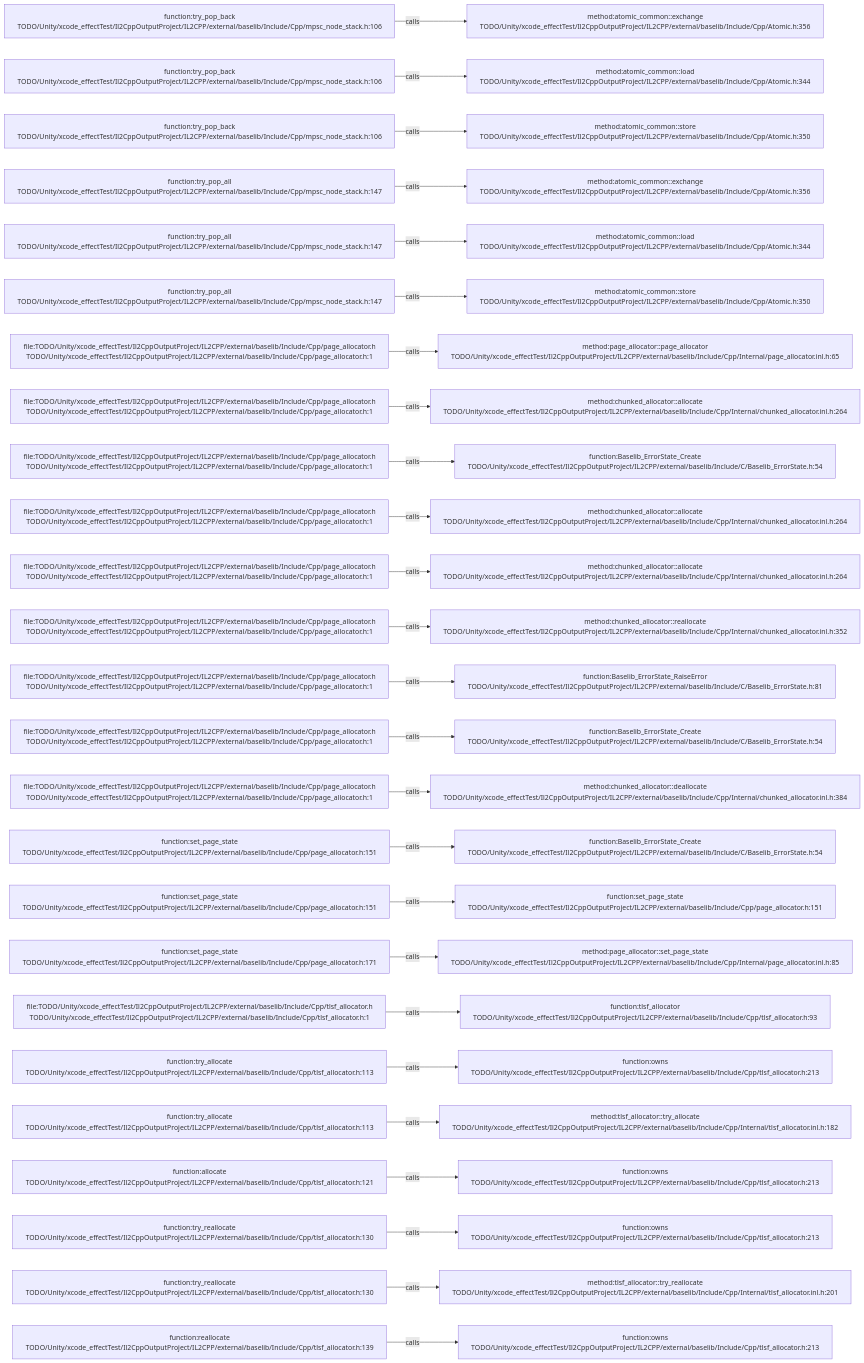
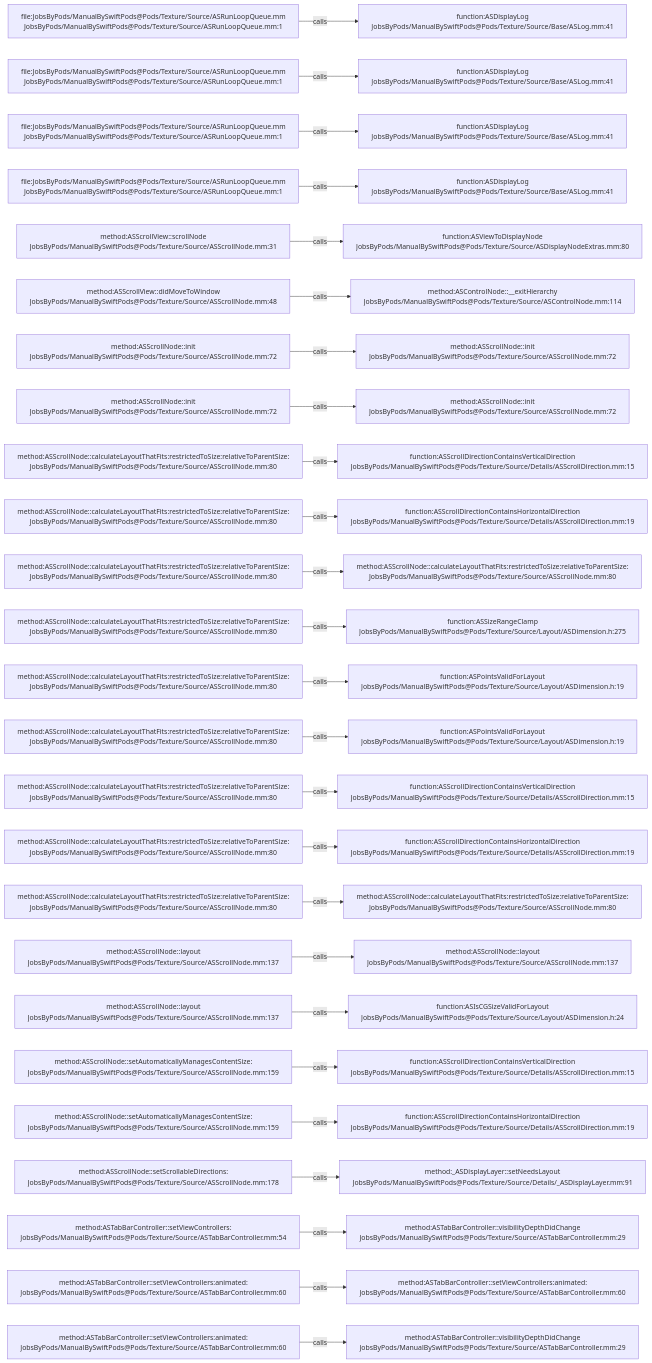
Before and after one commit to JobsKits/JobsSwiftBaseConfigDemo: the diagram in .codegraph/codegraph.md/graphs/calls-072.md, drawn with Mermaid. The commit also changed 2959 other files, not shown here.

````diff
--- a/.codegraph/codegraph.md/graphs/calls-072.md
+++ b/.codegraph/codegraph.md/graphs/calls-072.md
@@ -13,78 +13,78 @@
 ```mermaid
 flowchart LR
-  S1["function:try_pop_back<br/>TODO/Unity/xcode_effectTest/Il2CppOutputProject/IL2CPP/external/baselib/Include/Cpp/mpsc_node_stack.h:106"]
-  T1["method:atomic_common::exchange<br/>TODO/Unity/xcode_effectTest/Il2CppOutputProject/IL2CPP/external/baselib/Include/Cpp/Atomic.h:356"]
+  S1["file:JobsByPods/ManualBySwiftPods@Pods/Texture/Source/ASRunLoopQueue.mm<br/>JobsByPods/ManualBySwiftPods@Pods/Texture/Source/ASRunLoopQueue.mm:1"]
+  T1["function:ASDisplayLog<br/>JobsByPods/ManualBySwiftPods@Pods/Texture/Source/Base/ASLog.mm:41"]
   S1 -->|calls| T1
-  S2["function:try_pop_back<br/>TODO/Unity/xcode_effectTest/Il2CppOutputProject/IL2CPP/external/baselib/Include/Cpp/mpsc_node_stack.h:106"]
-  T2["method:atomic_common::load<br/>TODO/Unity/xcode_effectTest/Il2CppOutputProject/IL2CPP/external/baselib/Include/Cpp/Atomic.h:344"]
+  S2["file:JobsByPods/ManualBySwiftPods@Pods/Texture/Source/ASRunLoopQueue.mm<br/>JobsByPods/ManualBySwiftPods@Pods/Texture/Source/ASRunLoopQueue.mm:1"]
+  T2["function:ASDisplayLog<br/>JobsByPods/ManualBySwiftPods@Pods/Texture/Source/Base/ASLog.mm:41"]
   S2 -->|calls| T2
-  S3["function:try_pop_back<br/>TODO/Unity/xcode_effectTest/Il2CppOutputProject/IL2CPP/external/baselib/Include/Cpp/mpsc_node_stack.h:106"]
-  T3["method:atomic_common::store<br/>TODO/Unity/xcode_effectTest/Il2CppOutputProject/IL2CPP/external/baselib/Include/Cpp/Atomic.h:350"]
+  S3["file:JobsByPods/ManualBySwiftPods@Pods/Texture/Source/ASRunLoopQueue.mm<br/>JobsByPods/ManualBySwiftPods@Pods/Texture/Source/ASRunLoopQueue.mm:1"]
+  T3["function:ASDisplayLog<br/>JobsByPods/ManualBySwiftPods@Pods/Texture/Source/Base/ASLog.mm:41"]
   S3 -->|calls| T3
-  S4["function:try_pop_all<br/>TODO/Unity/xcode_effectTest/Il2CppOutputProject/IL2CPP/external/baselib/Include/Cpp/mpsc_node_stack.h:147"]
-  T4["method:atomic_common::exchange<br/>TODO/Unity/xcode_effectTest/Il2CppOutputProject/IL2CPP/external/baselib/Include/Cpp/Atomic.h:356"]
+  S4["file:JobsByPods/ManualBySwiftPods@Pods/Texture/Source/ASRunLoopQueue.mm<br/>JobsByPods/ManualBySwiftPods@Pods/Texture/Source/ASRunLoopQueue.mm:1"]
+  T4["function:ASDisplayLog<br/>JobsByPods/ManualBySwiftPods@Pods/Texture/Source/Base/ASLog.mm:41"]
   S4 -->|calls| T4
-  S5["function:try_pop_all<br/>TODO/Unity/xcode_effectTest/Il2CppOutputProject/IL2CPP/external/baselib/Include/Cpp/mpsc_node_stack.h:147"]
-  T5["method:atomic_common::load<br/>TODO/Unity/xcode_effectTest/Il2CppOutputProject/IL2CPP/external/baselib/Include/Cpp/Atomic.h:344"]
+  S5["method:ASScrollView::scrollNode<br/>JobsByPods/ManualBySwiftPods@Pods/Texture/Source/ASScrollNode.mm:31"]
+  T5["function:ASViewToDisplayNode<br/>JobsByPods/ManualBySwiftPods@Pods/Texture/Source/ASDisplayNodeExtras.mm:80"]
   S5 -->|calls| T5
-  S6["function:try_pop_all<br/>TODO/Unity/xcode_effectTest/Il2CppOutputProject/IL2CPP/external/baselib/Include/Cpp/mpsc_node_stack.h:147"]
-  T6["method:atomic_common::store<br/>TODO/Unity/xcode_effectTest/Il2CppOutputProject/IL2CPP/external/baselib/Include/Cpp/Atomic.h:350"]
+  S6["method:ASScrollView::didMoveToWindow<br/>JobsByPods/ManualBySwiftPods@Pods/Texture/Source/ASScrollNode.mm:48"]
+  T6["method:ASControlNode::__exitHierarchy<br/>JobsByPods/ManualBySwiftPods@Pods/Texture/Source/ASControlNode.mm:114"]
   S6 -->|calls| T6
-  S7["file:TODO/Unity/xcode_effectTest/Il2CppOutputProject/IL2CPP/external/baselib/Include/Cpp/page_allocator.h<br/>TODO/Unity/xcode_effectTest/Il2CppOutputProject/IL2CPP/external/baselib/Include/Cpp/page_allocator.h:1"]
-  T7["method:page_allocator::page_allocator<br/>TODO/Unity/xcode_effectTest/Il2CppOutputProject/IL2CPP/external/baselib/Include/Cpp/Internal/page_allocator.inl.h:65"]
+  S7["method:ASScrollNode::init<br/>JobsByPods/ManualBySwiftPods@Pods/Texture/Source/ASScrollNode.mm:72"]
+  T7["method:ASScrollNode::init<br/>JobsByPods/ManualBySwiftPods@Pods/Texture/Source/ASScrollNode.mm:72"]
   S7 -->|calls| T7
-  S8["file:TODO/Unity/xcode_effectTest/Il2CppOutputProject/IL2CPP/external/baselib/Include/Cpp/page_allocator.h<br/>TODO/Unity/xcode_effectTest/Il2CppOutputProject/IL2CPP/external/baselib/Include/Cpp/page_allocator.h:1"]
-  T8["method:chunked_allocator::allocate<br/>TODO/Unity/xcode_effectTest/Il2CppOutputProject/IL2CPP/external/baselib/Include/Cpp/Internal/chunked_allocator.inl.h:264"]
+  S8["method:ASScrollNode::init<br/>JobsByPods/ManualBySwiftPods@Pods/Texture/Source/ASScrollNode.mm:72"]
+  T8["method:ASScrollNode::init<br/>JobsByPods/ManualBySwiftPods@Pods/Texture/Source/ASScrollNode.mm:72"]
   S8 -->|calls| T8
-  S9["file:TODO/Unity/xcode_effectTest/Il2CppOutputProject/IL2CPP/external/baselib/Include/Cpp/page_allocator.h<br/>TODO/Unity/xcode_effectTest/Il2CppOutputProject/IL2CPP/external/baselib/Include/Cpp/page_allocator.h:1"]
-  T9["function:Baselib_ErrorState_Create<br/>TODO/Unity/xcode_effectTest/Il2CppOutputProject/IL2CPP/external/baselib/Include/C/Baselib_ErrorState.h:54"]
+  S9["method:ASScrollNode::calculateLayoutThatFits:restrictedToSize:relativeToParentSize:<br/>JobsByPods/ManualBySwiftPods@Pods/Texture/Source/ASScrollNode.mm:80"]
+  T9["function:ASScrollDirectionContainsVerticalDirection<br/>JobsByPods/ManualBySwiftPods@Pods/Texture/Source/Details/ASScrollDirection.mm:15"]
   S9 -->|calls| T9
-  S10["file:TODO/Unity/xcode_effectTest/Il2CppOutputProject/IL2CPP/external/baselib/Include/Cpp/page_allocator.h<br/>TODO/Unity/xcode_effectTest/Il2CppOutputProject/IL2CPP/external/baselib/Include/Cpp/page_allocator.h:1"]
-  T10["method:chunked_allocator::allocate<br/>TODO/Unity/xcode_effectTest/Il2CppOutputProject/IL2CPP/external/baselib/Include/Cpp/Internal/chunked_allocator.inl.h:264"]
+  S10["method:ASScrollNode::calculateLayoutThatFits:restrictedToSize:relativeToParentSize:<br/>JobsByPods/ManualBySwiftPods@Pods/Texture/Source/ASScrollNode.mm:80"]
+  T10["function:ASScrollDirectionContainsHorizontalDirection<br/>JobsByPods/ManualBySwiftPods@Pods/Texture/Source/Details/ASScrollDirection.mm:19"]
   S10 -->|calls| T10
-  S11["file:TODO/Unity/xcode_effectTest/Il2CppOutputProject/IL2CPP/external/baselib/Include/Cpp/page_allocator.h<br/>TODO/Unity/xcode_effectTest/Il2CppOutputProject/IL2CPP/external/baselib/Include/Cpp/page_allocator.h:1"]
-  T11["method:chunked_allocator::allocate<br/>TODO/Unity/xcode_effectTest/Il2CppOutputProject/IL2CPP/external/baselib/Include/Cpp/Internal/chunked_allocator.inl.h:264"]
+  S11["method:ASScrollNode::calculateLayoutThatFits:restrictedToSize:relativeToParentSize:<br/>JobsByPods/ManualBySwiftPods@Pods/Texture/Source/ASScrollNode.mm:80"]
+  T11["method:ASScrollNode::calculateLayoutThatFits:restrictedToSize:relativeToParentSize:<br/>JobsByPods/ManualBySwiftPods@Pods/Texture/Source/ASScrollNode.mm:80"]
   S11 -->|calls| T11
-  S12["file:TODO/Unity/xcode_effectTest/Il2CppOutputProject/IL2CPP/external/baselib/Include/Cpp/page_allocator.h<br/>TODO/Unity/xcode_effectTest/Il2CppOutputProject/IL2CPP/external/baselib/Include/Cpp/page_allocator.h:1"]
-  T12["method:chunked_allocator::reallocate<br/>TODO/Unity/xcode_effectTest/Il2CppOutputProject/IL2CPP/external/baselib/Include/Cpp/Internal/chunked_allocator.inl.h:352"]
+  S12["method:ASScrollNode::calculateLayoutThatFits:restrictedToSize:relativeToParentSize:<br/>JobsByPods/ManualBySwiftPods@Pods/Texture/Source/ASScrollNode.mm:80"]
+  T12["function:ASSizeRangeClamp<br/>JobsByPods/ManualBySwiftPods@Pods/Texture/Source/Layout/ASDimension.h:275"]
   S12 -->|calls| T12
-  S13["file:TODO/Unity/xcode_effectTest/Il2CppOutputProject/IL2CPP/external/baselib/Include/Cpp/page_allocator.h<br/>TODO/Unity/xcode_effectTest/Il2CppOutputProject/IL2CPP/external/baselib/Include/Cpp/page_allocator.h:1"]
-  T13["function:Baselib_ErrorState_RaiseError<br/>TODO/Unity/xcode_effectTest/Il2CppOutputProject/IL2CPP/external/baselib/Include/C/Baselib_ErrorState.h:81"]
+  S13["method:ASScrollNode::calculateLayoutThatFits:restrictedToSize:relativeToParentSize:<br/>JobsByPods/ManualBySwiftPods@Pods/Texture/Source/ASScrollNode.mm:80"]
+  T13["function:ASPointsValidForLayout<br/>JobsByPods/ManualBySwiftPods@Pods/Texture/Source/Layout/ASDimension.h:19"]
   S13 -->|calls| T13
-  S14["file:TODO/Unity/xcode_effectTest/Il2CppOutputProject/IL2CPP/external/baselib/Include/Cpp/page_allocator.h<br/>TODO/Unity/xcode_effectTest/Il2CppOutputProject/IL2CPP/external/baselib/Include/Cpp/page_allocator.h:1"]
-  T14["function:Baselib_ErrorState_Create<br/>TODO/Unity/xcode_effectTest/Il2CppOutputProject/IL2CPP/external/baselib/Include/C/Baselib_ErrorState.h:54"]
+  S14["method:ASScrollNode::calculateLayoutThatFits:restrictedToSize:relativeToParentSize:<br/>JobsByPods/ManualBySwiftPods@Pods/Texture/Source/ASScrollNode.mm:80"]
+  T14["function:ASPointsValidForLayout<br/>JobsByPods/ManualBySwiftPods@Pods/Texture/Source/Layout/ASDimension.h:19"]
   S14 -->|calls| T14
-  S15["file:TODO/Unity/xcode_effectTest/Il2CppOutputProject/IL2CPP/external/baselib/Include/Cpp/page_allocator.h<br/>TODO/Unity/xcode_effectTest/Il2CppOutputProject/IL2CPP/external/baselib/Include/Cpp/page_allocator.h:1"]
-  T15["method:chunked_allocator::deallocate<br/>TODO/Unity/xcode_effectTest/Il2CppOutputProject/IL2CPP/external/baselib/Include/Cpp/Internal/chunked_allocator.inl.h:384"]
+  S15["method:ASScrollNode::calculateLayoutThatFits:restrictedToSize:relativeToParentSize:<br/>JobsByPods/ManualBySwiftPods@Pods/Texture/Source/ASScrollNode.mm:80"]
+  T15["function:ASScrollDirectionContainsVerticalDirection<br/>JobsByPods/ManualBySwiftPods@Pods/Texture/Source/Details/ASScrollDirection.mm:15"]
   S15 -->|calls| T15
-  S16["function:set_page_state<br/>TODO/Unity/xcode_effectTest/Il2CppOutputProject/IL2CPP/external/baselib/Include/Cpp/page_allocator.h:151"]
-  T16["function:Baselib_ErrorState_Create<br/>TODO/Unity/xcode_effectTest/Il2CppOutputProject/IL2CPP/external/baselib/Include/C/Baselib_ErrorState.h:54"]
+  S16["method:ASScrollNode::calculateLayoutThatFits:restrictedToSize:relativeToParentSize:<br/>JobsByPods/ManualBySwiftPods@Pods/Texture/Source/ASScrollNode.mm:80"]
+  T16["function:ASScrollDirectionContainsHorizontalDirection<br/>JobsByPods/ManualBySwiftPods@Pods/Texture/Source/Details/ASScrollDirection.mm:19"]
   S16 -->|calls| T16
-  S17["function:set_page_state<br/>TODO/Unity/xcode_effectTest/Il2CppOutputProject/IL2CPP/external/baselib/Include/Cpp/page_allocator.h:151"]
-  T17["function:set_page_state<br/>TODO/Unity/xcode_effectTest/Il2CppOutputProject/IL2CPP/external/baselib/Include/Cpp/page_allocator.h:151"]
+  S17["method:ASScrollNode::calculateLayoutThatFits:restrictedToSize:relativeToParentSize:<br/>JobsByPods/ManualBySwiftPods@Pods/Texture/Source/ASScrollNode.mm:80"]
+  T17["method:ASScrollNode::calculateLayoutThatFits:restrictedToSize:relativeToParentSize:<br/>JobsByPods/ManualBySwiftPods@Pods/Texture/Source/ASScrollNode.mm:80"]
   S17 -->|calls| T17
-  S18["function:set_page_state<br/>TODO/Unity/xcode_effectTest/Il2CppOutputProject/IL2CPP/external/baselib/Include/Cpp/page_allocator.h:171"]
-  T18["method:page_allocator::set_page_state<br/>TODO/Unity/xcode_effectTest/Il2CppOutputProject/IL2CPP/external/baselib/Include/Cpp/Internal/page_allocator.inl.h:85"]
+  S18["method:ASScrollNode::layout<br/>JobsByPods/ManualBySwiftPods@Pods/Texture/Source/ASScrollNode.mm:137"]
+  T18["method:ASScrollNode::layout<br/>JobsByPods/ManualBySwiftPods@Pods/Texture/Source/ASScrollNode.mm:137"]
   S18 -->|calls| T18
-  S19["file:TODO/Unity/xcode_effectTest/Il2CppOutputProject/IL2CPP/external/baselib/Include/Cpp/tlsf_allocator.h<br/>TODO/Unity/xcode_effectTest/Il2CppOutputProject/IL2CPP/external/baselib/Include/Cpp/tlsf_allocator.h:1"]
-  T19["function:tlsf_allocator<br/>TODO/Unity/xcode_effectTest/Il2CppOutputProject/IL2CPP/external/baselib/Include/Cpp/tlsf_allocator.h:93"]
+  S19["method:ASScrollNode::layout<br/>JobsByPods/ManualBySwiftPods@Pods/Texture/Source/ASScrollNode.mm:137"]
+  T19["function:ASIsCGSizeValidForLayout<br/>JobsByPods/ManualBySwiftPods@Pods/Texture/Source/Layout/ASDimension.h:24"]
   S19 -->|calls| T19
-  S20["function:try_allocate<br/>TODO/Unity/xcode_effectTest/Il2CppOutputProject/IL2CPP/external/baselib/Include/Cpp/tlsf_allocator.h:113"]
-  T20["function:owns<br/>TODO/Unity/xcode_effectTest/Il2CppOutputProject/IL2CPP/external/baselib/Include/Cpp/tlsf_allocator.h:213"]
+  S20["method:ASScrollNode::setAutomaticallyManagesContentSize:<br/>JobsByPods/ManualBySwiftPods@Pods/Texture/Source/ASScrollNode.mm:159"]
+  T20["function:ASScrollDirectionContainsVerticalDirection<br/>JobsByPods/ManualBySwiftPods@Pods/Texture/Source/Details/ASScrollDirection.mm:15"]
   S20 -->|calls| T20
-  S21["function:try_allocate<br/>TODO/Unity/xcode_effectTest/Il2CppOutputProject/IL2CPP/external/baselib/Include/Cpp/tlsf_allocator.h:113"]
-  T21["method:tlsf_allocator::try_allocate<br/>TODO/Unity/xcode_effectTest/Il2CppOutputProject/IL2CPP/external/baselib/Include/Cpp/Internal/tlsf_allocator.inl.h:182"]
+  S21["method:ASScrollNode::setAutomaticallyManagesContentSize:<br/>JobsByPods/ManualBySwiftPods@Pods/Texture/Source/ASScrollNode.mm:159"]
+  T21["function:ASScrollDirectionContainsHorizontalDirection<br/>JobsByPods/ManualBySwiftPods@Pods/Texture/Source/Details/ASScrollDirection.mm:19"]
   S21 -->|calls| T21
-  S22["function:allocate<br/>TODO/Unity/xcode_effectTest/Il2CppOutputProject/IL2CPP/external/baselib/Include/Cpp/tlsf_allocator.h:121"]
-  T22["function:owns<br/>TODO/Unity/xcode_effectTest/Il2CppOutputProject/IL2CPP/external/baselib/Include/Cpp/tlsf_allocator.h:213"]
+  S22["method:ASScrollNode::setScrollableDirections:<br/>JobsByPods/ManualBySwiftPods@Pods/Texture/Source/ASScrollNode.mm:178"]
+  T22["method:_ASDisplayLayer::setNeedsLayout<br/>JobsByPods/ManualBySwiftPods@Pods/Texture/Source/Details/_ASDisplayLayer.mm:91"]
   S22 -->|calls| T22
-  S23["function:try_reallocate<br/>TODO/Unity/xcode_effectTest/Il2CppOutputProject/IL2CPP/external/baselib/Include/Cpp/tlsf_allocator.h:130"]
-  T23["function:owns<br/>TODO/Unity/xcode_effectTest/Il2CppOutputProject/IL2CPP/external/baselib/Include/Cpp/tlsf_allocator.h:213"]
+  S23["method:ASTabBarController::setViewControllers:<br/>JobsByPods/ManualBySwiftPods@Pods/Texture/Source/ASTabBarController.mm:54"]
+  T23["method:ASTabBarController::visibilityDepthDidChange<br/>JobsByPods/ManualBySwiftPods@Pods/Texture/Source/ASTabBarController.mm:29"]
   S23 -->|calls| T23
-  S24["function:try_reallocate<br/>TODO/Unity/xcode_effectTest/Il2CppOutputProject/IL2CPP/external/baselib/Include/Cpp/tlsf_allocator.h:130"]
-  T24["method:tlsf_allocator::try_reallocate<br/>TODO/Unity/xcode_effectTest/Il2CppOutputProject/IL2CPP/external/baselib/Include/Cpp/Internal/tlsf_allocator.inl.h:201"]
+  S24["method:ASTabBarController::setViewControllers:animated:<br/>JobsByPods/ManualBySwiftPods@Pods/Texture/Source/ASTabBarController.mm:60"]
+  T24["method:ASTabBarController::setViewControllers:animated:<br/>JobsByPods/ManualBySwiftPods@Pods/Texture/Source/ASTabBarController.mm:60"]
   S24 -->|calls| T24
-  S25["function:reallocate<br/>TODO/Unity/xcode_effectTest/Il2CppOutputProject/IL2CPP/external/baselib/Include/Cpp/tlsf_allocator.h:139"]
-  T25["function:owns<br/>TODO/Unity/xcode_effectTest/Il2CppOutputProject/IL2CPP/external/baselib/Include/Cpp/tlsf_allocator.h:213"]
+  S25["method:ASTabBarController::setViewControllers:animated:<br/>JobsByPods/ManualBySwiftPods@Pods/Texture/Source/ASTabBarController.mm:60"]
+  T25["method:ASTabBarController::visibilityDepthDidChange<br/>JobsByPods/ManualBySwiftPods@Pods/Texture/Source/ASTabBarController.mm:29"]
   S25 -->|calls| T25
 ```
````
